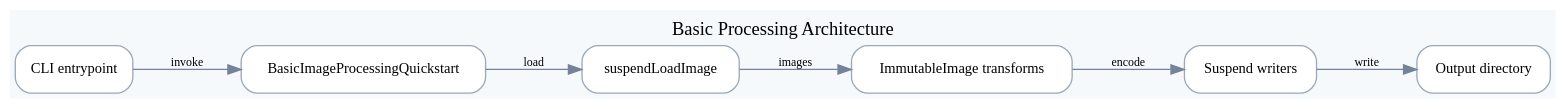
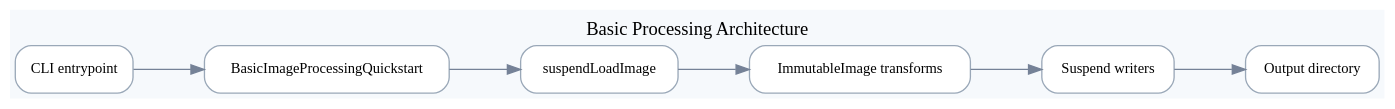
One commit to bluetape4k/bluetape4k-image changed the diagram in docs/images/readme-diagrams/examples-basic-processing-architecture-01.dot. Above: the diagram before and after it, drawn with Graphviz. The commit also changed 47 other files, not shown here.

First line of the commit message:
docs: make README diagrams readable at rendered size

```diff
--- a/docs/images/readme-diagrams/examples-basic-processing-architecture-01.dot
+++ b/docs/images/readme-diagrams/examples-basic-processing-architecture-01.dot
@@ -1,18 +1,18 @@
 digraph G {
   graph [rankdir=LR, bgcolor="#F6F9FC", margin=0.18, nodesep=0.55, ranksep=0.75];
   node [shape=box, style="rounded,filled", fillcolor="#FFFFFF", color="#9AA8B8", fontname="Comic Mono", fontsize=11];
   edge [color="#758297", fontname="Comic Mono", fontsize=9];
   label="Basic Processing Architecture";
   labelloc="t";
   "cli" [label="CLI entrypoint"];
   "quickstart" [label="BasicImageProcessingQuickstart"];
   "loader" [label="suspendLoadImage"];
   "transforms" [label="ImmutableImage transforms"];
   "writers" [label="Suspend writers"];
   "outputs" [label="Output directory"];
-  "cli" -> "quickstart" [label="invoke"];
-  "quickstart" -> "loader" [label="load"];
-  "loader" -> "transforms" [label="images"];
-  "transforms" -> "writers" [label="encode"];
-  "writers" -> "outputs" [label="write"];
+  "cli" -> "quickstart" [label=""];
+  "quickstart" -> "loader" [label=""];
+  "loader" -> "transforms" [label=""];
+  "transforms" -> "writers" [label=""];
+  "writers" -> "outputs" [label=""];
 }
```
